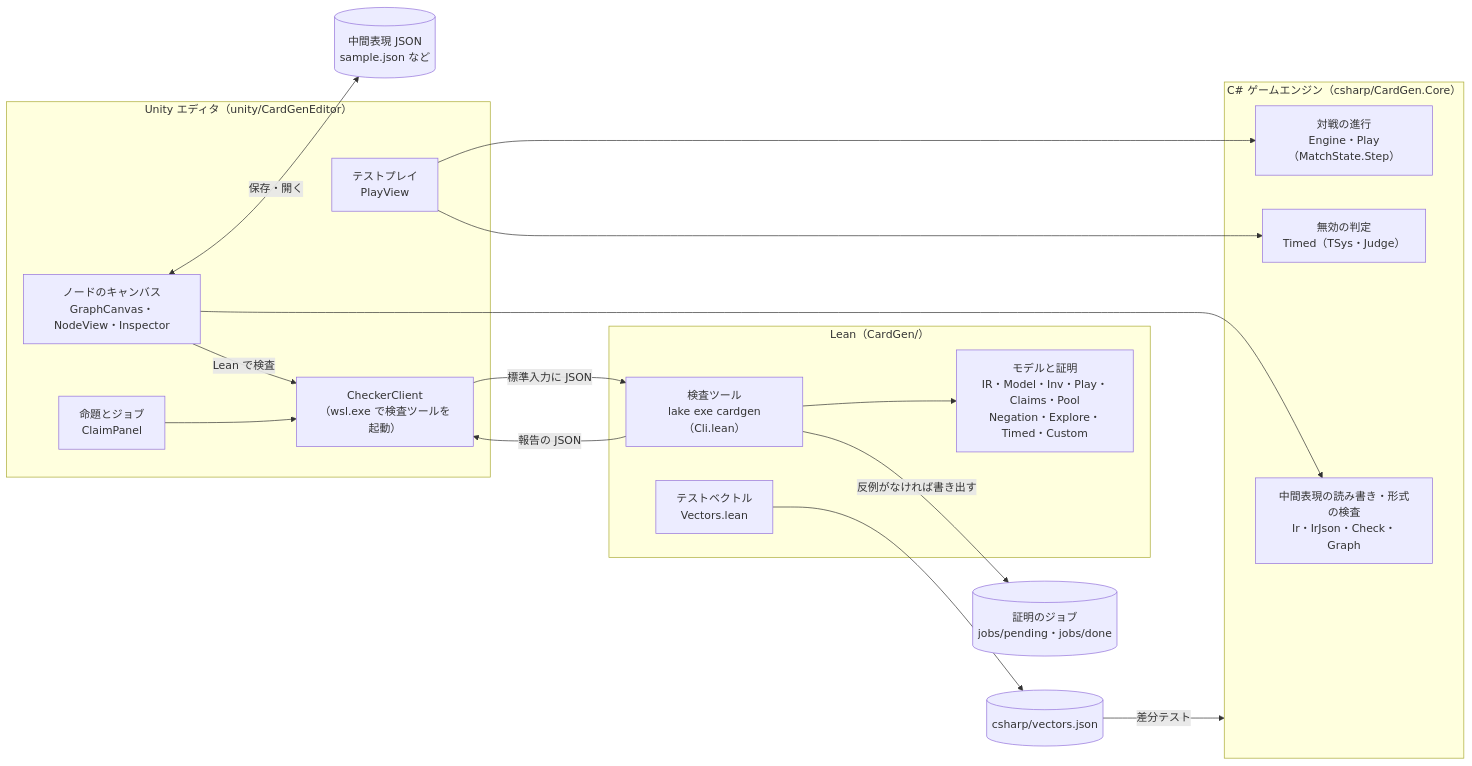
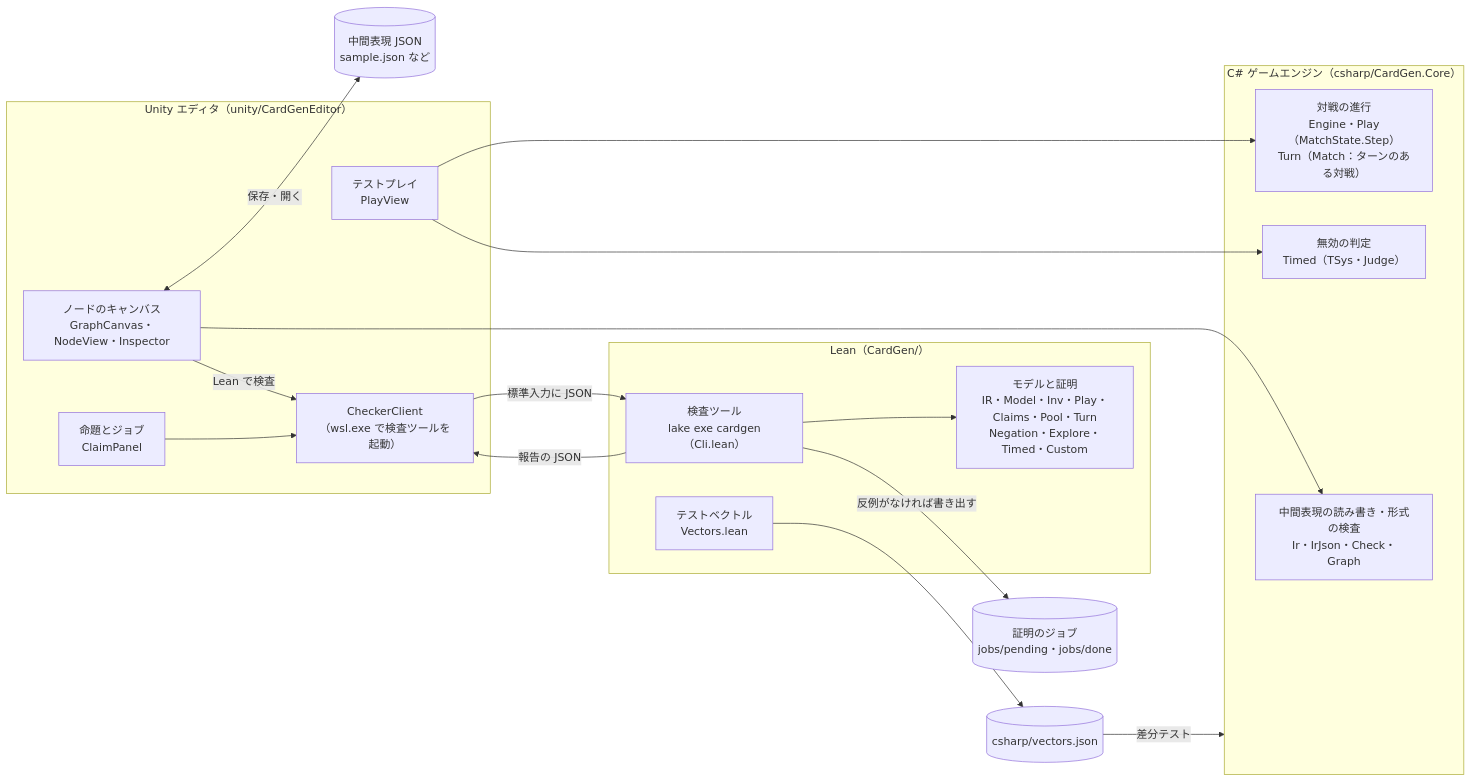
Before and after one commit to kotatu0047/yuugi-lean: the first of 6 diagrams in アーキテクチャ.md, drawn with Mermaid. The commit also changed other lines of this file and 24 other files, not shown here.

````diff
--- a/アーキテクチャ.md
+++ b/アーキテクチャ.md
@@ -10,38 +10,38 @@
 ```mermaid
 flowchart LR
   subgraph unity["Unity エディタ（unity/CardGenEditor）"]
     canvas["ノードのキャンバス<br/>GraphCanvas・NodeView・Inspector"]
     play["テストプレイ<br/>PlayView"]
     claim["命題とジョブ<br/>ClaimPanel"]
     client["CheckerClient<br/>（wsl.exe で検査ツールを起動）"]
   end
 
   subgraph core["C# ゲームエンジン（csharp/CardGen.Core）"]
     ir_cs["中間表現の読み書き・形式の検査<br/>Ir・IrJson・Check・Graph"]
-    engine["対戦の進行<br/>Engine・Play（MatchState.Step）"]
+    engine["対戦の進行<br/>Engine・Play（MatchState.Step）<br/>Turn（Match：ターンのある対戦）"]
     judge["無効の判定<br/>Timed（TSys・Judge）"]
   end
 
   subgraph lean["Lean（CardGen/）"]
     cli["検査ツール<br/>lake exe cardgen（Cli.lean）"]
-    lib["モデルと証明<br/>IR・Model・Inv・Play・Claims・Pool<br/>Negation・Explore・Timed・Custom"]
+    lib["モデルと証明<br/>IR・Model・Inv・Play・Claims・Pool・Turn<br/>Negation・Explore・Timed・Custom"]
     vec["テストベクトル<br/>Vectors.lean"]
   end
 
   json[("中間表現 JSON<br/>sample.json など")]
   jobs[("証明のジョブ<br/>jobs/pending・jobs/done")]
   vectors[("csharp/vectors.json")]
 
   canvas <-->|保存・開く| json
   canvas --> ir_cs
   play --> engine
   play --> judge
   canvas -->|Lean で検査| client
   claim --> client
   client -->|"標準入力に JSON"| cli
   cli --> lib
   cli -->|報告の JSON| client
   cli -->|反例がなければ書き出す| jobs
   vec --> vectors
   vectors -->|差分テスト| core
 ```
````
